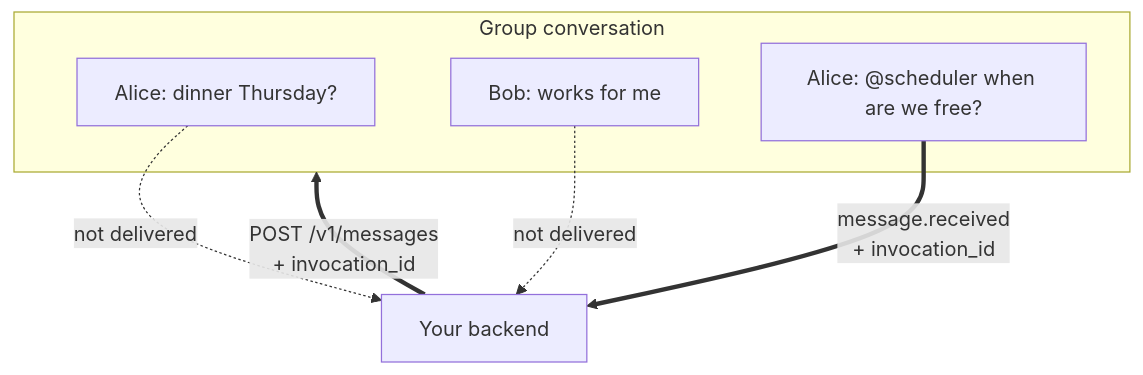
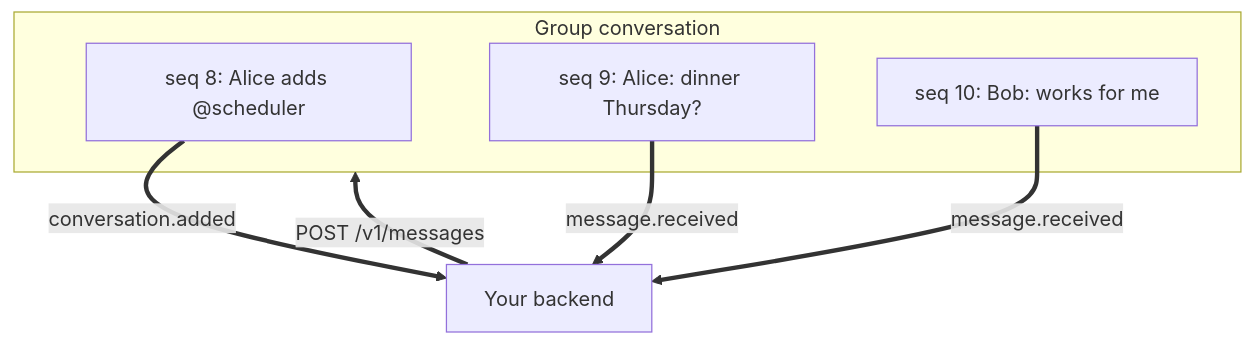
One commit to RelayMessenger/Relay-Docs changed the diagram in guides/group-conversations.mdx. Above: the diagram before and after it, drawn with Mermaid. The commit also changed other lines of this file and 47 other files, not shown here.

````diff
--- a/guides/group-conversations.mdx
+++ b/guides/group-conversations.mdx
@@ -16,12 +16,12 @@
 ```mermaid
 flowchart TB
   subgraph G["Group conversation"]
-    M1["Alice: dinner Thursday?"]
-    M2["Bob: works for me"]
-    M3["Alice: @scheduler when are we free?"]
+    M1["seq 8: Alice adds @scheduler"]
+    M2["seq 9: Alice: dinner Thursday?"]
+    M3["seq 10: Bob: works for me"]
   end
-  M1 -.->|not delivered| X["Your backend"]
-  M2 -.->|not delivered| X
-  M3 ==>|"message.received<br/>+ invocation_id"| X
-  X ==>|"POST /v1/messages<br/>+ invocation_id"| G
+  M1 ==>|"conversation.added"| X["Your backend"]
+  M2 ==>|"message.received"| X
+  M3 ==>|"message.received"| X
+  X ==>|"POST /v1/messages"| G
 ```
````
